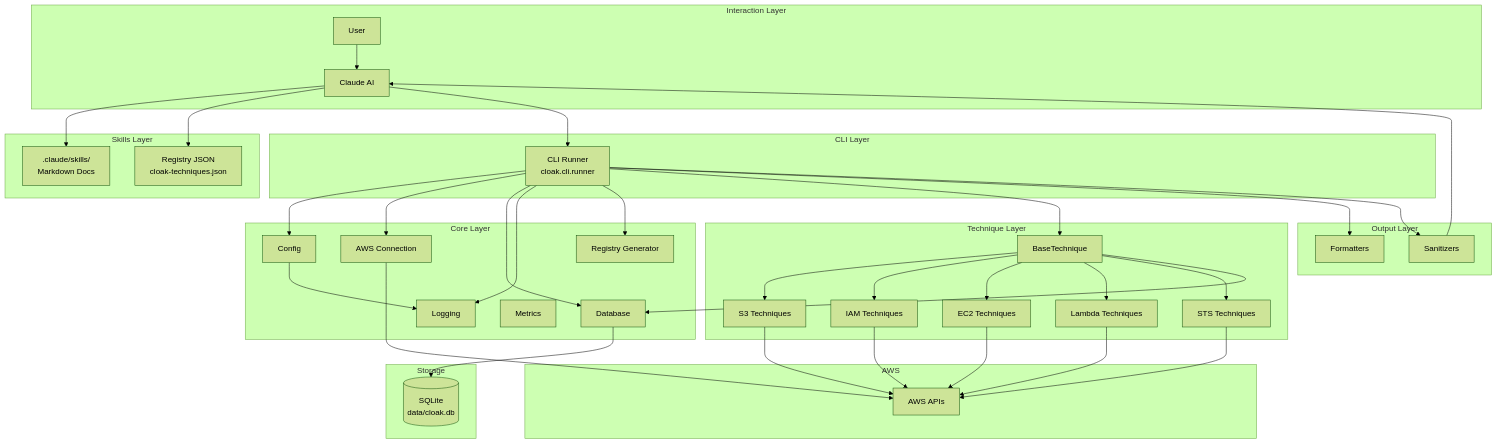
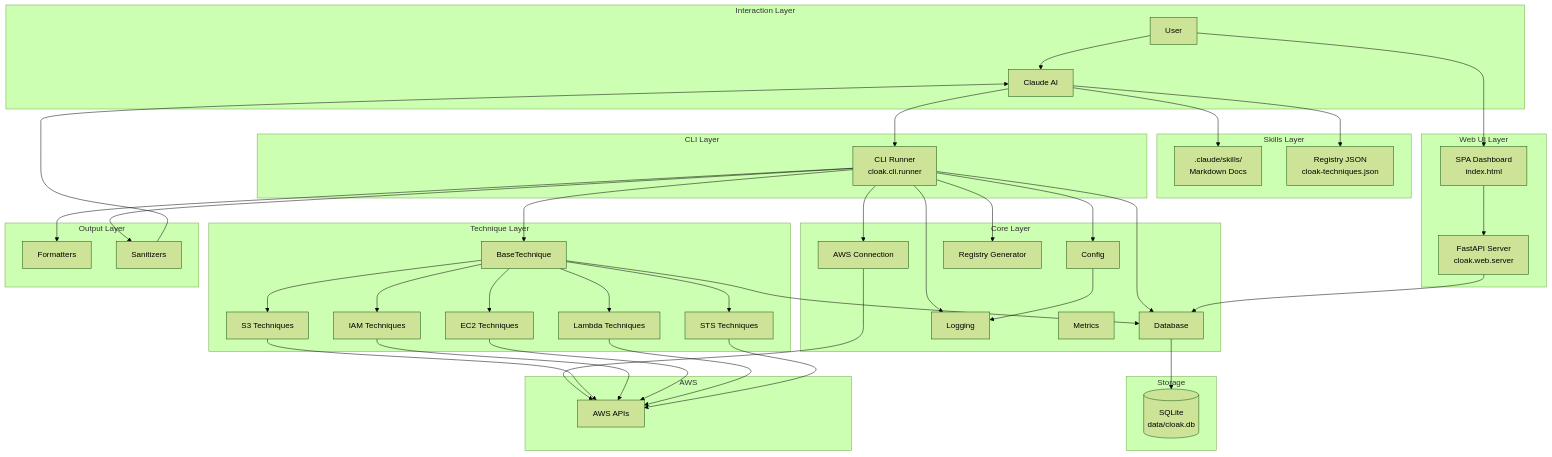
Before and after one commit to openrec0n/cloak: the diagram in docs/ARCHITECTURE.md, drawn with Mermaid (forest theme). The commit also changed other lines of this file and 21 other files, not shown here.

First line of the commit message:
feat: add Web UI dashboard for browsing security assessment results

````diff
--- a/docs/ARCHITECTURE.md
+++ b/docs/ARCHITECTURE.md
@@ -181,6 +184,11 @@
 
     subgraph cli [CLI Layer]
         Runner["CLI Runner<br/>cloak.cli.runner"]
+    end
+
+    subgraph webui [Web UI Layer]
+        WebServer["FastAPI Server<br/>cloak.web.server"]
+        SPA["SPA Dashboard<br/>index.html"]
     end
 
     subgraph core [Core Layer]
@@ -215,6 +223,7 @@
     end
 
     User --> Claude
+    User --> SPA
     Claude --> SkillDocs
     Claude --> Registry
     Claude --> Runner
@@ -241,4 +250,6 @@
     Runner --> Formatters
     Runner --> Sanitizers
     Sanitizers --> Claude
+    WebServer --> DB
+    SPA --> WebServer
 ```
````
